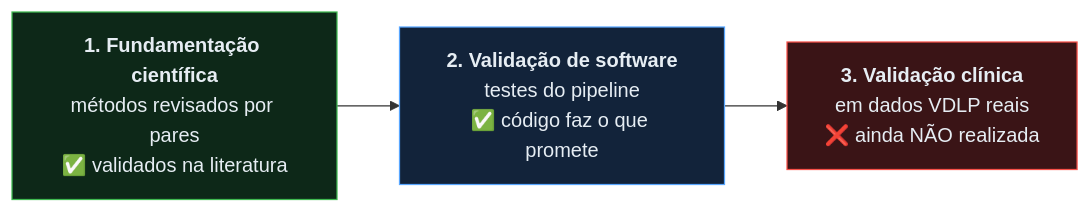
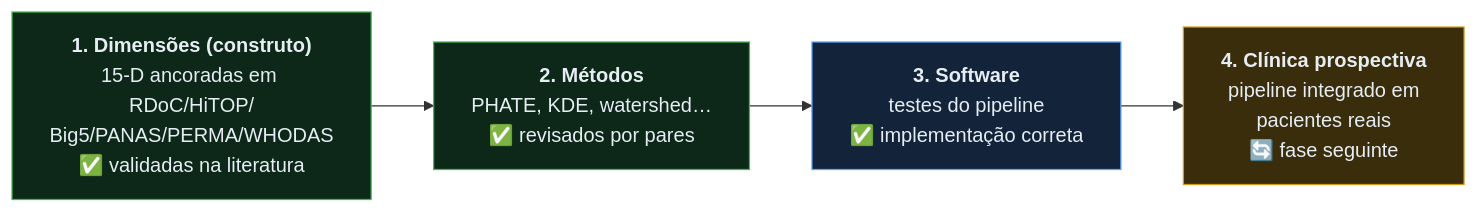
Before and after one commit to myselfgus/manifold: the ninth of 10 diagrams in README.md, drawn with Mermaid. The commit also changed other lines of this file and 3 other files, not shown here.

First line of the commit message:
docs+dims: incorpora validação científica das 15 dimensões do Espaço Mental ℳ

````diff
--- a/README.md
+++ b/README.md
@@ -347,10 +357,12 @@
 ```mermaid
 flowchart LR
-    A["<b>1. Fundamentação científica</b><br/>métodos revisados por pares<br/>✅ validados na literatura"]
-    B["<b>2. Validação de software</b><br/>testes do pipeline<br/>✅ código faz o que promete"]
-    C["<b>3. Validação clínica</b><br/>em dados VDLP reais<br/>❌ ainda NÃO realizada"]
-    A --> B --> C
+    A["<b>1. Dimensões (construto)</b><br/>15-D ancoradas em RDoC/HiTOP/<br/>Big5/PANAS/PERMA/WHODAS<br/>✅ validadas na literatura"]
+    B["<b>2. Métodos</b><br/>PHATE, KDE, watershed…<br/>✅ revisados por pares"]
+    C["<b>3. Software</b><br/>testes do pipeline<br/>✅ implementação correta"]
+    D["<b>4. Clínica prospectiva</b><br/>pipeline integrado em<br/>pacientes reais<br/>🔄 fase seguinte"]
+    A --> B --> C --> D
     style A fill:#0d2818,stroke:#3fb950,color:#e6edf3
-    style B fill:#12233a,stroke:#58a6ff,color:#e6edf3
-    style C fill:#3a1416,stroke:#f85149,color:#e6edf3
+    style B fill:#0d2818,stroke:#3fb950,color:#e6edf3
+    style C fill:#12233a,stroke:#58a6ff,color:#e6edf3
+    style D fill:#3a2d0b,stroke:#d29922,color:#e6edf3
 ```
````
